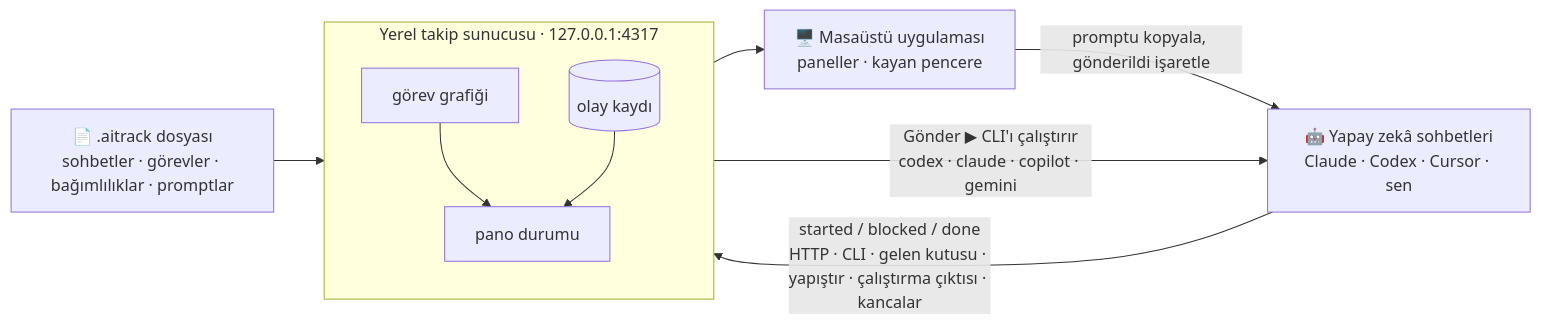
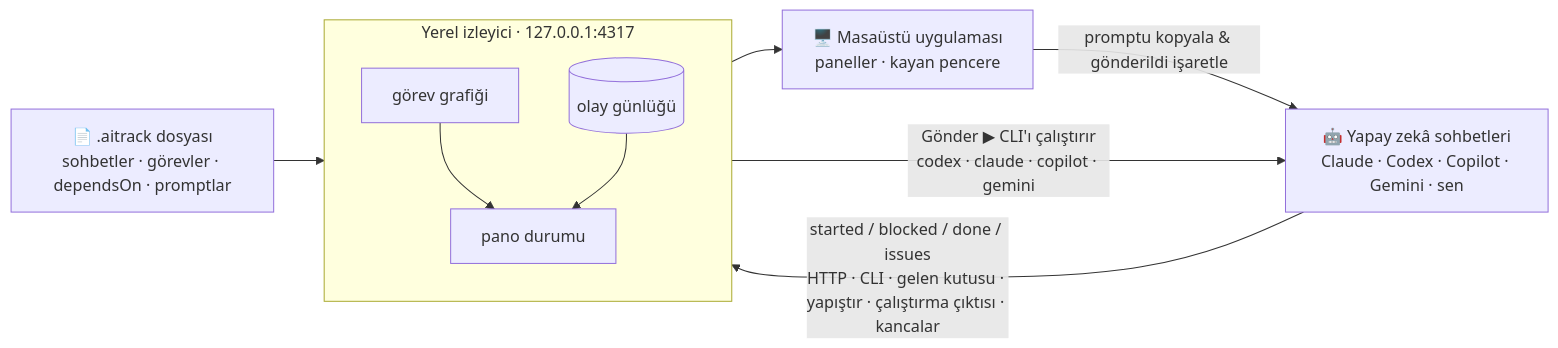
The second of 3 diagrams in README.tr.md (mitradeniz/ai-tracking-system), drawn with Mermaid before and after one commit. The commit also changed other lines of this file and 24 other files, not shown here.

````diff
--- a/README.tr.md
+++ b/README.tr.md
@@ -229,13 +314,13 @@
 ```mermaid
 flowchart LR
-    F["📄 .aitrack dosyası<br/>sohbetler · görevler · bağımlılıklar · promptlar"] --> T
-    subgraph T["Yerel takip sunucusu · 127.0.0.1:4317"]
+    F["📄 .aitrack dosyası<br/>sohbetler · görevler · dependsOn · promptlar"] --> T
+    subgraph T["Yerel izleyici · 127.0.0.1:4317"]
       direction TB
       G[görev grafiği] --> B[pano durumu]
-      L[(olay kaydı)] --> B
+      L[(olay günlüğü)] --> B
     end
     T --> UI["🖥️ Masaüstü uygulaması<br/>paneller · kayan pencere"]
-    UI -- "promptu kopyala, gönderildi işaretle" --> C["🤖 Yapay zekâ sohbetleri<br/>Claude · Codex · Cursor · sen"]
+    UI -- "promptu kopyala & gönderildi işaretle" --> C["🤖 Yapay zekâ sohbetleri<br/>Claude · Codex · Copilot · Gemini · sen"]
     T -- "Gönder ▶ CLI'ı çalıştırır<br/>codex · claude · copilot · gemini" --> C
-    C -- "started / blocked / done<br/>HTTP · CLI · gelen kutusu · yapıştır · çalıştırma çıktısı · kancalar" --> L
+    C -- "started / blocked / done / issues<br/>HTTP · CLI · gelen kutusu · yapıştır · çalıştırma çıktısı · kancalar" --> L
 ```
````
